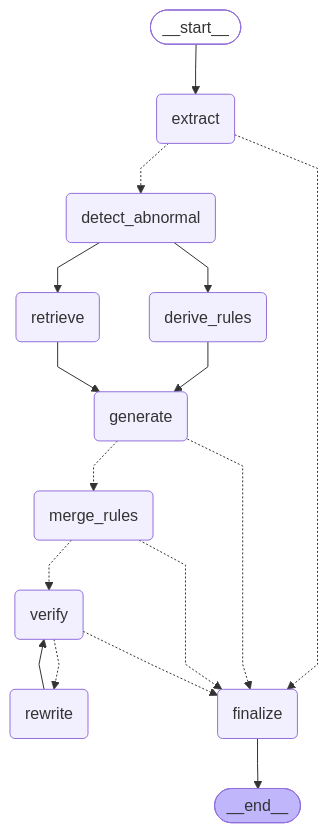
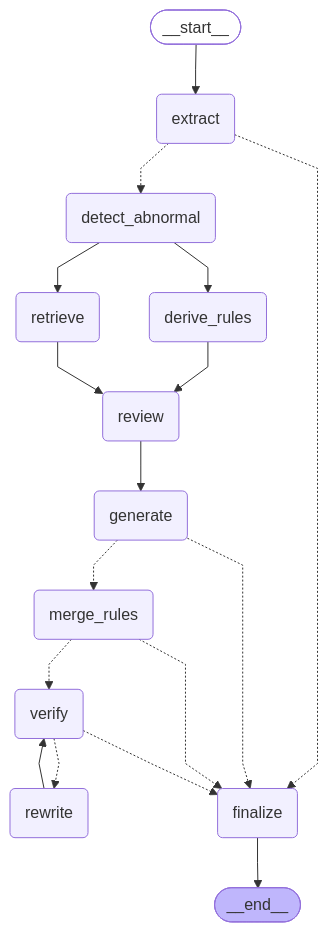
One commit to Washyu0826/health-report-reader changed the diagram in docs/graph.md. Above: the diagram before and after it, drawn with Mermaid. The commit also changed other lines of this file and 17 other files, not shown here.

````diff
--- a/docs/graph.md
+++ b/docs/graph.md
@@ -11,37 +14,39 @@
 ```mermaid
 ---
 config:
   flowchart:
     curve: linear
 ---
 graph TD;
 	__start__([<p>__start__</p>]):::first
 	extract(extract)
 	detect_abnormal(detect_abnormal)
 	derive_rules(derive_rules)
 	retrieve(retrieve)
+	review(review)
 	generate(generate)
 	merge_rules(merge_rules)
 	verify(verify)
 	rewrite(rewrite)
 	finalize(finalize)
 	__end__([<p>__end__</p>]):::last
 	__start__ --> extract;
-	derive_rules --> generate;
+	derive_rules --> review;
 	detect_abnormal --> derive_rules;
 	detect_abnormal --> retrieve;
 	extract -.-> detect_abnormal;
 	extract -.-> finalize;
 	generate -.-> finalize;
 	generate -.-> merge_rules;
 	merge_rules -.-> finalize;
 	merge_rules -.-> verify;
-	retrieve --> generate;
+	retrieve --> review;
+	review --> generate;
 	rewrite --> verify;
 	verify -.-> finalize;
 	verify -.-> rewrite;
 	finalize --> __end__;
 	classDef default fill:#f2f0ff,line-height:1.2
 	classDef first fill-opacity:0
 	classDef last fill:#bfb6fc
 ```
````
